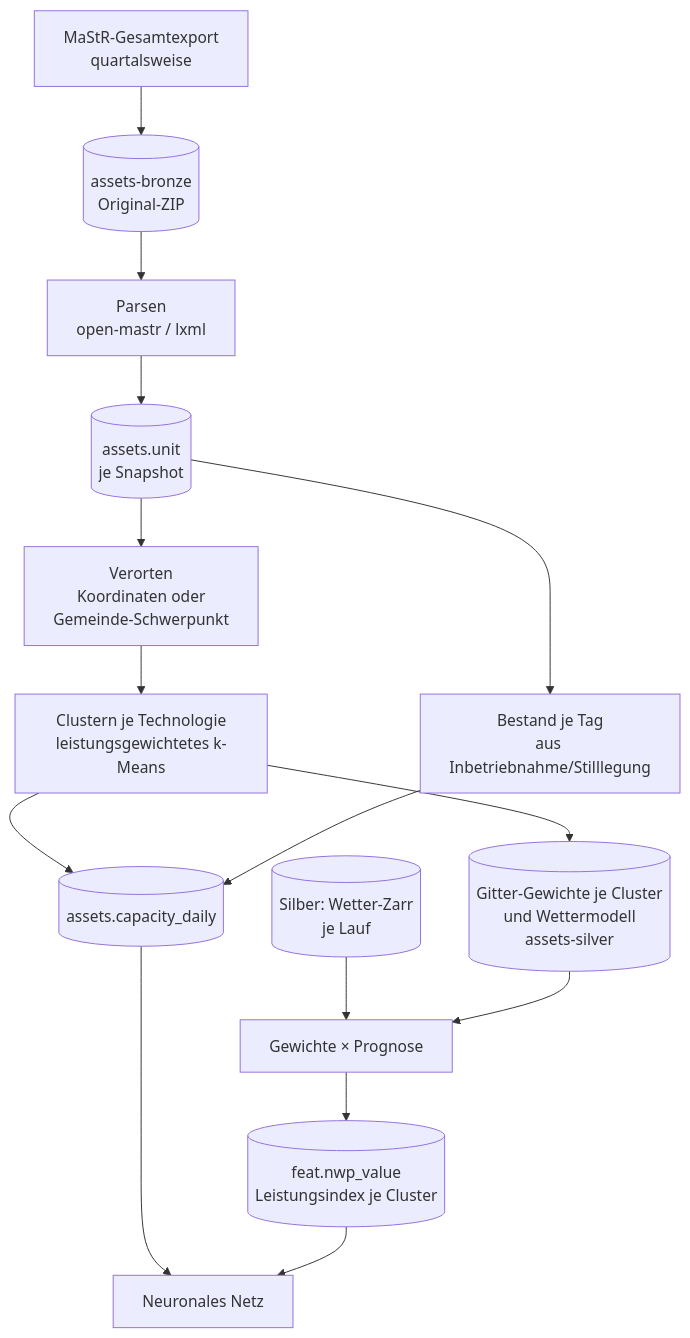
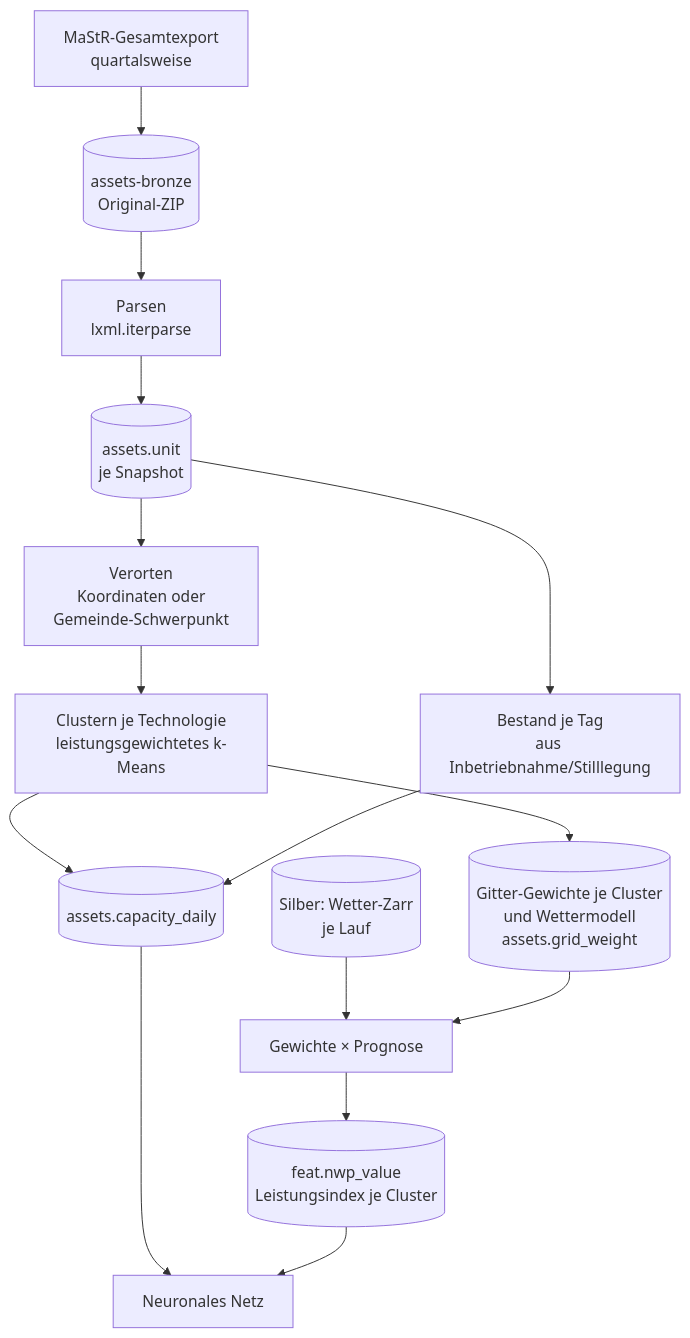
Before and after one commit to the78mole/PredictionDB: diagram 11 of 15 in docs/ARCHITEKTUR.md, drawn with Mermaid. The commit also changed other lines of this file and 28 other files, not shown here.

````diff
--- a/docs/ARCHITEKTUR.md
+++ b/docs/ARCHITEKTUR.md
@@ -766,17 +766,17 @@
 ```mermaid
 flowchart TB
     Z["MaStR-Gesamtexport<br/>quartalsweise"] --> B[("assets-bronze<br/>Original-ZIP")]
-    B --> P["Parsen<br/>open-mastr / lxml"]
+    B --> P["Parsen<br/>lxml.iterparse"]
     P --> U[("assets.unit<br/>je Snapshot")]
     U --> GEO["Verorten<br/>Koordinaten oder<br/>Gemeinde-Schwerpunkt"]
     GEO --> CL["Clustern je Technologie<br/>leistungsgewichtetes k-Means"]
     U --> HIST["Bestand je Tag<br/>aus Inbetriebnahme/Stilllegung"]
     CL --> CAPD[("assets.capacity_daily")]
     HIST --> CAPD
-    CL --> GW[("Gitter-Gewichte je Cluster<br/>und Wettermodell<br/>assets-silver")]
+    CL --> GW[("Gitter-Gewichte je Cluster<br/>und Wettermodell<br/>assets.grid_weight")]
     SIL[("Silber: Wetter-Zarr<br/>je Lauf")] --> MUL["Gewichte × Prognose"]
     GW --> MUL
     MUL --> F[("feat.nwp_value<br/>Leistungsindex je Cluster")]
     CAPD --> NN["Neuronales Netz"]
     F --> NN
 ```
````
